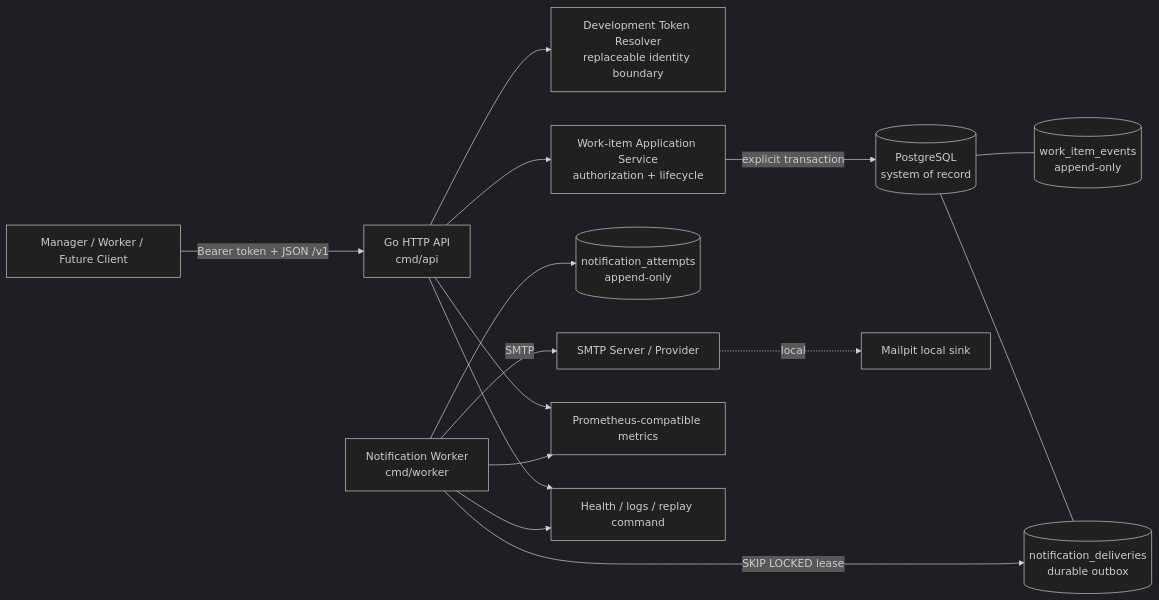
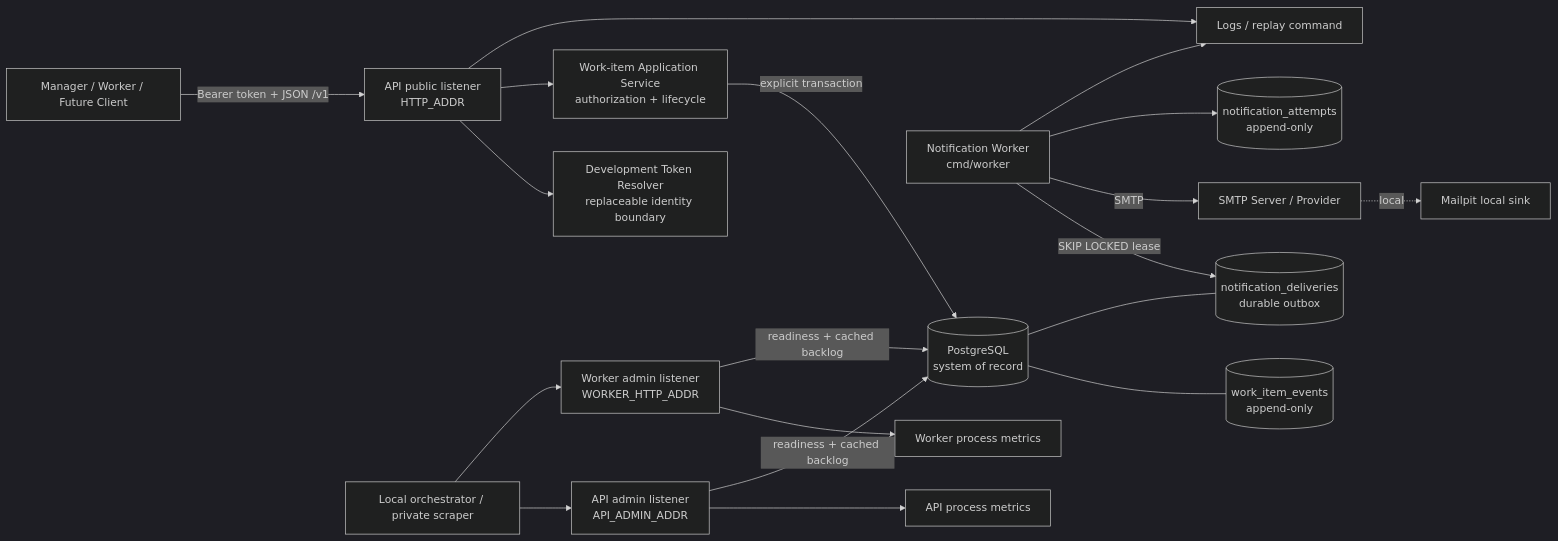
The first of 2 diagrams in docs/architecture.md (eidrogo/work-management-api), drawn with Mermaid (dark theme) before and after one commit. The commit also changed other lines of this file and 26 other files, not shown here.

````diff
--- a/docs/architecture.md
+++ b/docs/architecture.md
@@ -5,31 +5,39 @@
 ```mermaid
 flowchart LR
     Client[Manager / Worker / Future Client]
-    API[Go HTTP API<br/>cmd/api]
+    Public[API public listener<br/>HTTP_ADDR]
+    APIAdmin[API admin listener<br/>API_ADMIN_ADDR]
+    Operator[Local orchestrator / private scraper]
     Auth[Development Token Resolver<br/>replaceable identity boundary]
     Domain[Work-item Application Service<br/>authorization + lifecycle]
     PG[(PostgreSQL<br/>system of record)]
     Events[(work_item_events<br/>append-only)]
     Outbox[(notification_deliveries<br/>durable outbox)]
     Worker[Notification Worker<br/>cmd/worker]
     Attempts[(notification_attempts<br/>append-only)]
     SMTP[SMTP Server / Provider]
     Mailpit[Mailpit local sink]
-    Metrics[Prometheus-compatible metrics]
-    Ops[Health / logs / replay command]
+    APIMetrics[API process metrics]
+    WorkerAdmin[Worker admin listener<br/>WORKER_HTTP_ADDR]
+    WorkerMetrics[Worker process metrics]
+    Ops[Logs / replay command]
 
-    Client -->|Bearer token + JSON /v1| API
-    API --> Auth
-    API --> Domain
+    Client -->|Bearer token + JSON /v1| Public
+    Public --> Auth
+    Public --> Domain
     Domain -->|explicit transaction| PG
     PG --- Events
     PG --- Outbox
     Worker -->|SKIP LOCKED lease| Outbox
     Worker -->|SMTP| SMTP
     SMTP -. local .-> Mailpit
     Worker --> Attempts
-    API --> Metrics
-    Worker --> Metrics
-    API --> Ops
+    Operator --> APIAdmin
+    Operator --> WorkerAdmin
+    APIAdmin --> APIMetrics
+    WorkerAdmin --> WorkerMetrics
+    APIAdmin -->|readiness + cached backlog| PG
+    WorkerAdmin -->|readiness + cached backlog| PG
+    Public --> Ops
     Worker --> Ops
 ```
````
